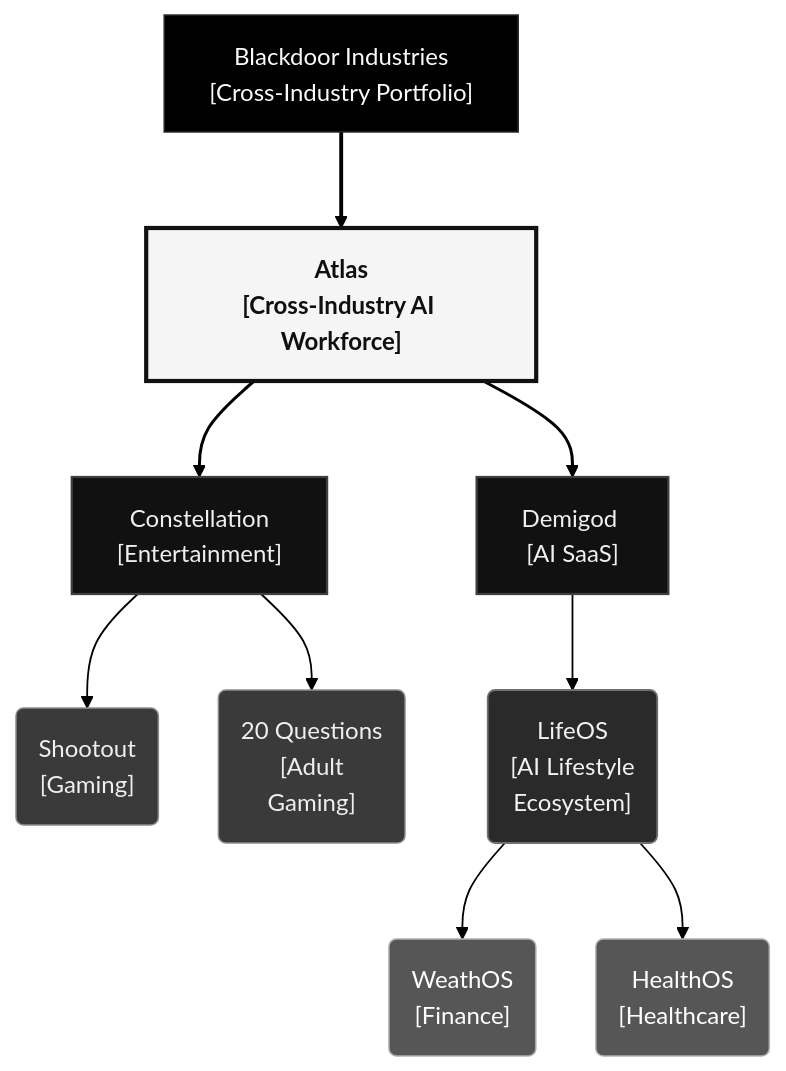
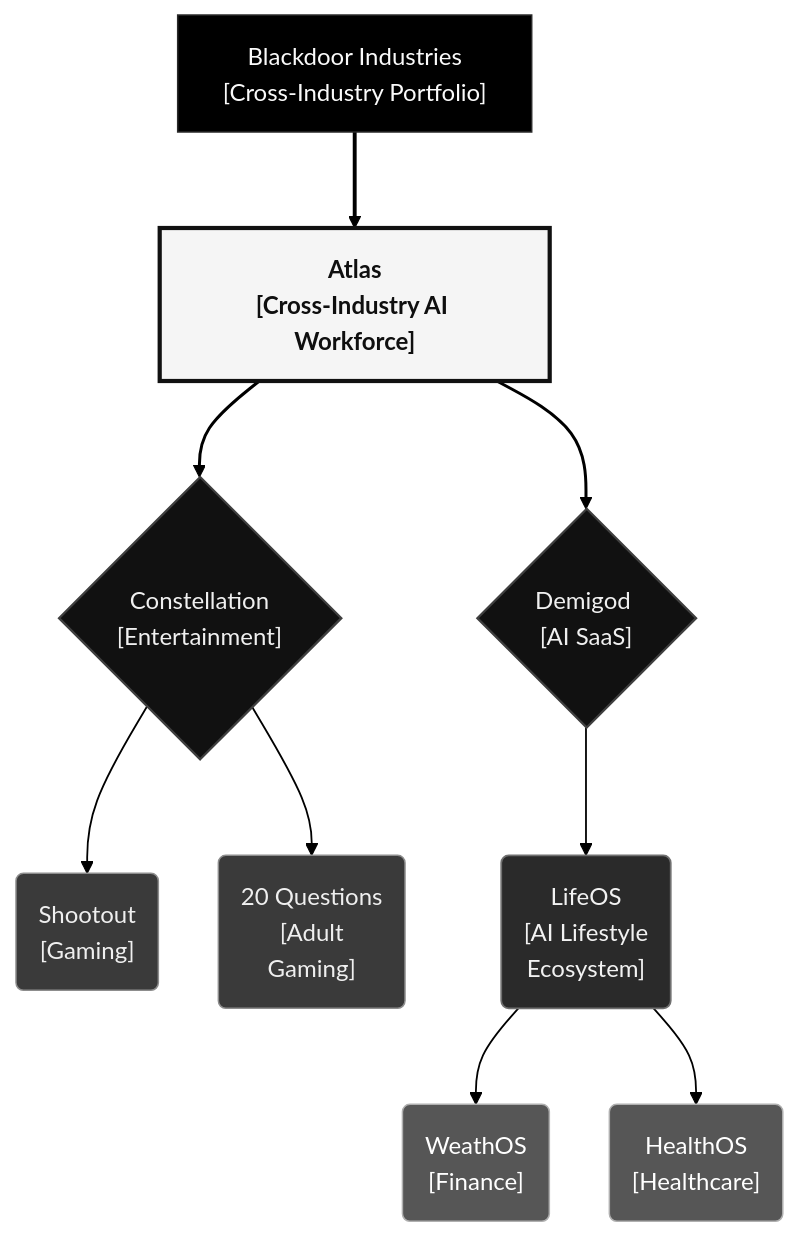
One commit to Blackdoor-Industries/.github changed the first of 2 diagrams in profile/README.md. Above: the diagram before and after it, drawn with Mermaid.

Commit message:
Set Constellation and Demigod nodes to rhombus shape

````diff
--- a/profile/README.md
+++ b/profile/README.md
@@ -41,49 +41,49 @@
 ```mermaid
 %%{init: {
   "theme": "base",
   "flowchart": {
     "curve": "basis",
     "nodeSpacing": 40,
     "rankSpacing": 64
   },
   "themeVariables": {
     "fontFamily": "Helvetica, Arial, sans-serif",
     "lineColor": "#000000",
     "textColor": "#eaeaea",
     "primaryColor": "#181818",
     "primaryBorderColor": "#454545",
     "tertiaryColor": "#121212",
     "background": "#ffffff"
   }
 }}%%
 flowchart TB
     BD["Blackdoor Industries<br/>[Cross-Industry Portfolio]"]:::holding
     ATLAS["Atlas<br/>[Cross-Industry AI Workforce]"]:::atlas
-    CONST["Constellation<br/>[Entertainment]"]:::subsidiary
-    DEMI["Demigod&nbsp;<br/>[AI SaaS]"]:::subsidiary
+    CONST{"Constellation<br/>[Entertainment]"}:::subsidiary
+    DEMI{"Demigod&nbsp;<br/>[AI SaaS]"}:::subsidiary
     SHOOT("Shootout<br/>[Gaming]"):::product
     VN("20 Questions<br/>[Adult<br/>Gaming]"):::product
     LIFE("LifeOS<br/>[AI Lifestyle<br/>Ecosystem]"):::ecosystem
     WEATH("WeathOS<br/>[Finance]"):::module
     HEALTH("HealthOS<br/>[Healthcare]"):::module
 
     BD ==> ATLAS
     ATLAS ==> CONST
     ATLAS ==> DEMI
     CONST --> SHOOT
     CONST --> VN
     DEMI --> LIFE
     LIFE --> WEATH
     LIFE --> HEALTH
 
     classDef holding fill:#000000,stroke:#2a2a2a,stroke-width:1px,color:#fafafa
     classDef atlas fill:#f5f5f5,stroke:#111111,stroke-width:2.8px,color:#0f0f0f,font-weight:700
     classDef subsidiary fill:#111111,stroke:#3f3f3f,stroke-width:1.5px,color:#f0f0f0
     classDef ecosystem fill:#2a2a2a,stroke:#707070,stroke-width:1.2px,color:#f2f2f2
     classDef product fill:#3a3a3a,stroke:#8d8d8d,stroke-width:1px,color:#efefef
     classDef module fill:#565656,stroke:#b0b0b0,stroke-width:1px,color:#ffffff
 
     linkStyle 0 stroke:#000000,stroke-width:2.6px
     linkStyle 1,2 stroke:#000000,stroke-width:2px
     linkStyle 3,4,5,6,7 stroke:#000000,stroke-width:1.2px
 ```
````
